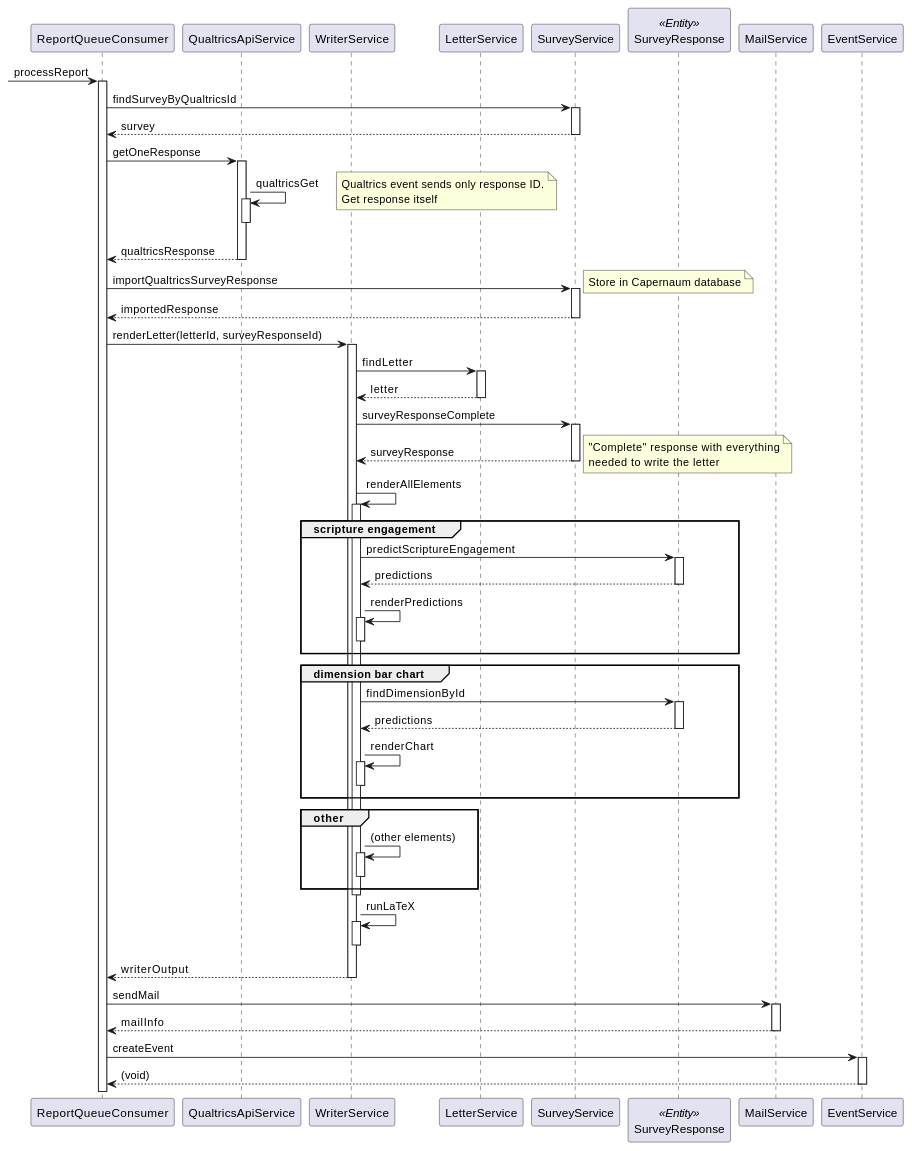
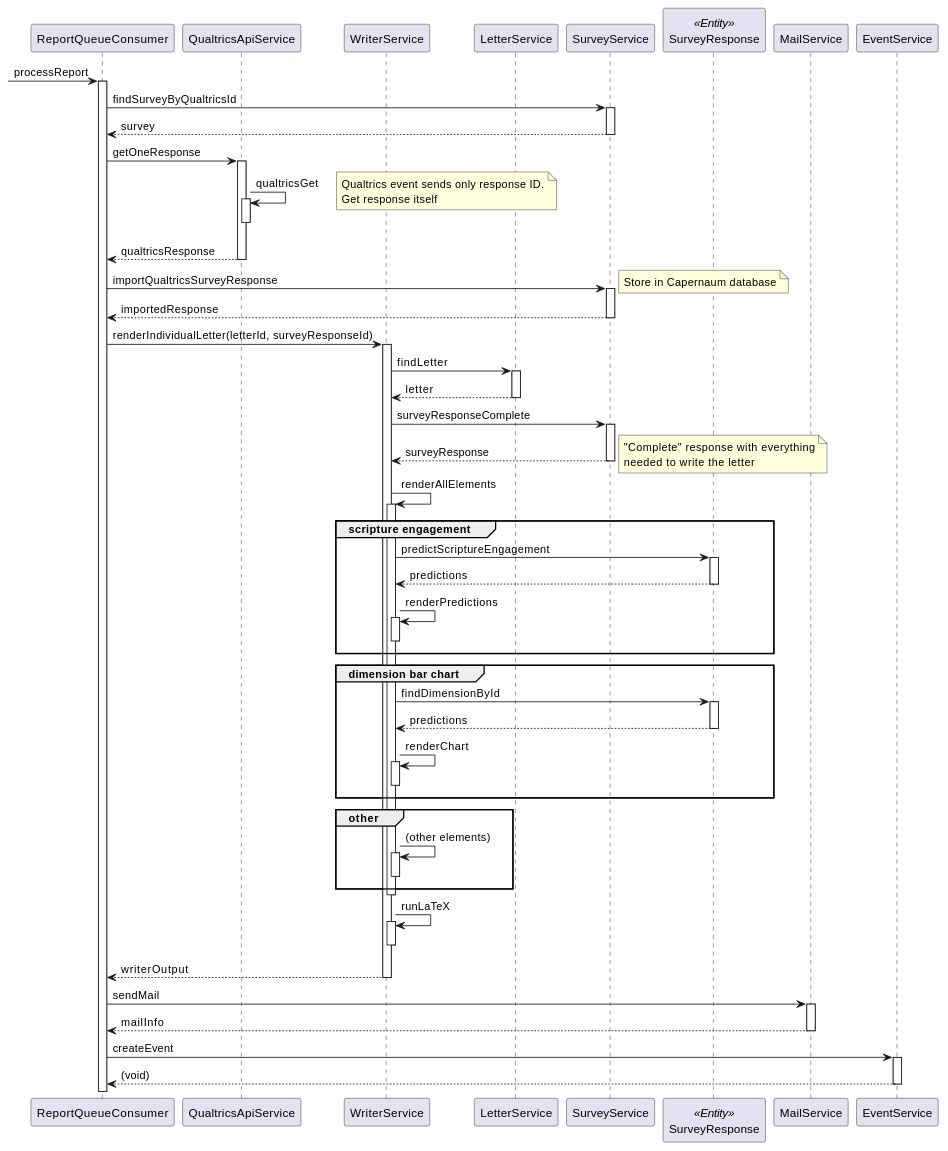
One commit to quantum-bits/capernaum changed the third of 3 diagrams in docs/architecture.md. Above: the diagram before and after it, drawn with PlantUML. The commit also changed other lines of this file and 11 other files, not shown here.

````diff
--- a/docs/architecture.md
+++ b/docs/architecture.md
@@ -145,72 +145,72 @@
 ```puml
 @startuml
 autoactivate on
 
 participant ReportQueueConsumer as rqc
 participant QualtricsApiService as qas
 participant WriterService as writer
 participant LetterService as letter
 participant SurveyService as survey
 participant SurveyResponse as sr <<Entity>>
 participant MailService
 participant EventService
 
 [-> rqc: processReport
 
 rqc -> survey: findSurveyByQualtricsId
 return survey
 
 rqc -> qas: getOneResponse
     qas -> qas: qualtricsGet
     note right: Qualtrics event sends only response ID.\nGet response itself 
     deactivate qas
 return qualtricsResponse
 
 rqc -> survey: importQualtricsSurveyResponse
 note right: Store in Capernaum database
 return importedResponse
 
-rqc -> writer: renderLetter(letterId, surveyResponseId)
+rqc -> writer: renderIndividualLetter(letterId, surveyResponseId)
     writer -> letter: findLetter
     return letter
     
     writer -> survey: surveyResponseComplete
     return surveyResponse
     note right
     "Complete" response with everything
     needed to write the letter 
     end note
     
     writer -> writer: renderAllElements
         group scripture engagement
             writer -> sr: predictScriptureEngagement
             return predictions
             writer -> writer: renderPredictions
             deactivate
         end
 
         group dimension bar chart
             writer -> sr: findDimensionById
             return predictions
             writer -> writer: renderChart
             deactivate
         end
         
         group other
         writer -> writer: (other elements)
         deactivate
         end
     deactivate
 
     writer -> writer ++: runLaTeX
     deactivate
 return writerOutput
 
 rqc -> MailService ++: sendMail
 return mailInfo
 
 rqc -> EventService ++: createEvent
 return (void)
 
 @enduml
 ```
````
